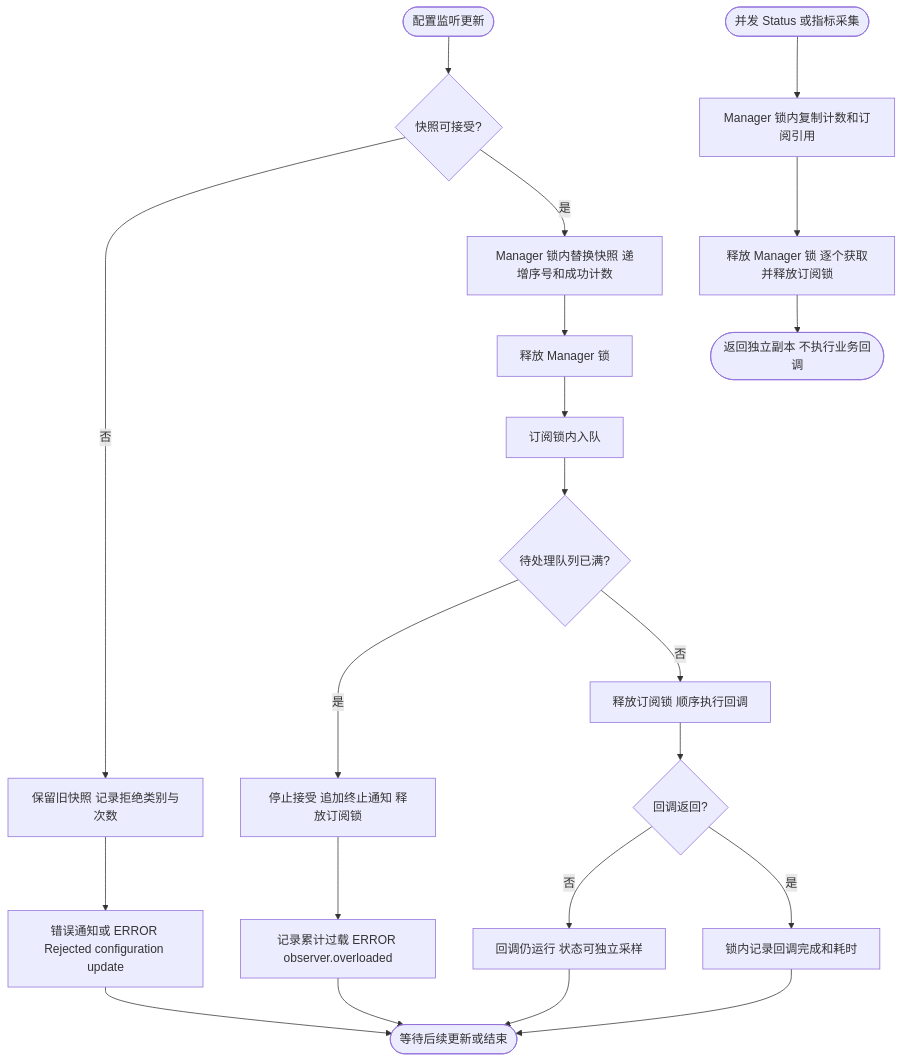
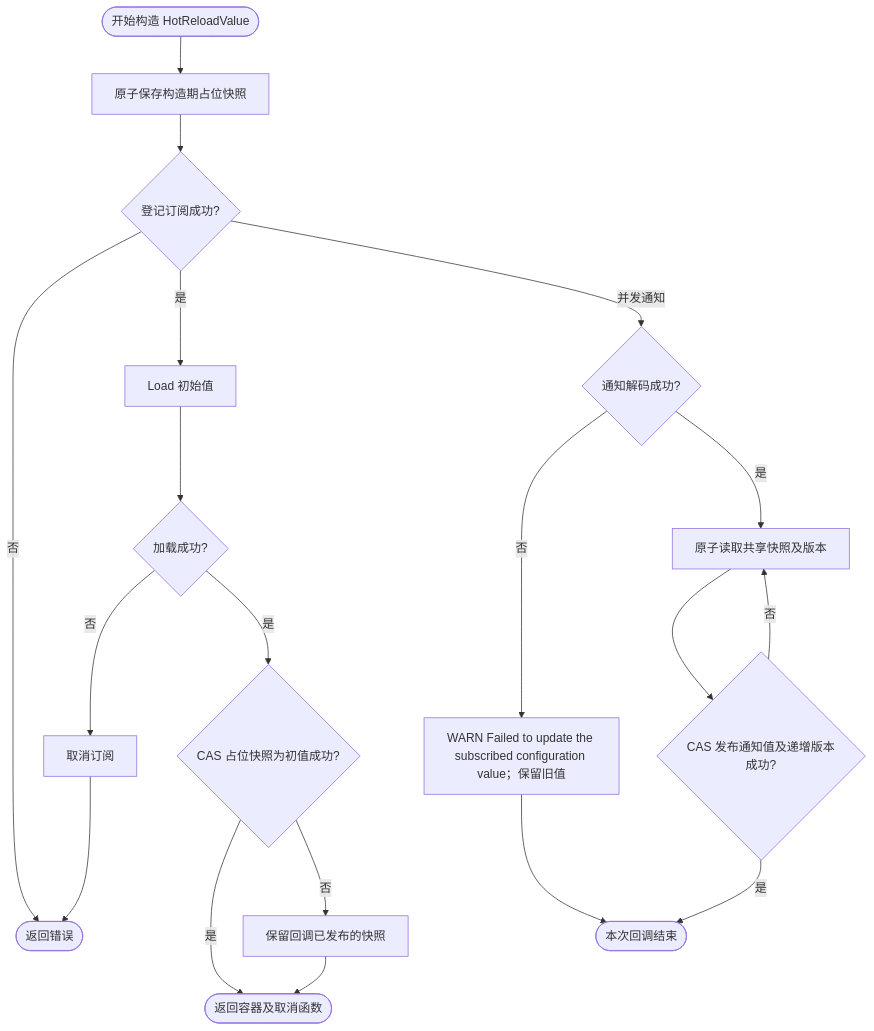
The third of 3 diagrams in pkg/config/README.md (jaggerzhuang1994/kratos-foundation), drawn with Mermaid before and after one commit. The commit also changed other lines of this file and 290 other files, not shown here.

````diff
--- a/pkg/config/README.md
+++ b/pkg/config/README.md
@@ -284,23 +166,21 @@
 ```mermaid
 flowchart TD
-    A([配置监听更新]) --> B{快照可接受?}
-    B -- 否 --> C[保留旧快照 记录拒绝类别与次数]
-    C --> D[错误通知或 ERROR Rejected configuration update]
-    B -- 是 --> E[Manager 锁内替换快照 递增序号和成功计数]
-    E --> F[释放 Manager 锁]
-    F --> G[订阅锁内入队]
-    G --> H{待处理队列已满?}
-    H -- 是 --> I[停止接受 追加终止通知 释放订阅锁]
-    I --> J[记录累计过载 ERROR observer.overloaded]
-    H -- 否 --> K[释放订阅锁 顺序执行回调]
-    K --> L{回调返回?}
-    L -- 否 --> M[回调仍运行 状态可独立采样]
-    L -- 是 --> N[锁内记录回调完成和耗时]
-    D --> O([等待后续更新或结束])
-    J --> O
-    M --> O
-    N --> O
-    P([并发 Status 或指标采集]) --> Q[Manager 锁内复制计数和订阅引用]
-    Q --> R[释放 Manager 锁 逐个获取并释放订阅锁]
-    R --> S([返回独立副本 不执行业务回调])
+ A([开始构造 HotReloadValue]) --> B[原子保存构造期占位快照]
+ B --> C{登记订阅成功?}
+ C -- 否 --> X([返回错误])
+ C -- 是 --> D[Load 初始值]
+ D --> E{加载成功?}
+ E -- 否 --> F[取消订阅]
+ F --> X
+ E -- 是 --> G{CAS 占位快照为初值成功?}
+ G -- 是 --> Z([返回容器及取消函数])
+ G -- 否 --> H[保留回调已发布的快照]
+ H --> Z
+ C -- 并发通知 --> I{通知解码成功?}
+ I -- 否 --> J[WARN Failed to update the subscribed configuration value；保留旧值]
+ I -- 是 --> K[原子读取共享快照及版本]
+ K --> L{CAS 发布通知值及递增版本成功?}
+ L -- 否 --> K
+ L -- 是 --> N([本次回调结束])
+ J --> N
 ```
````
